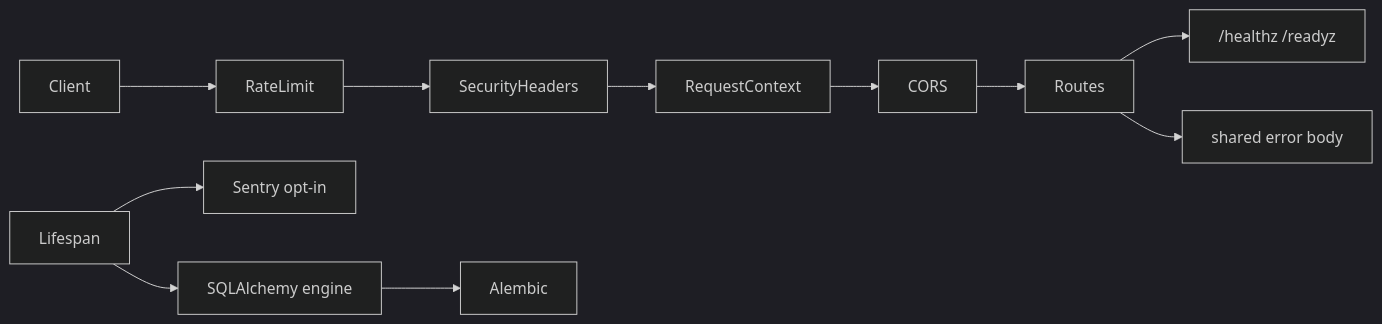
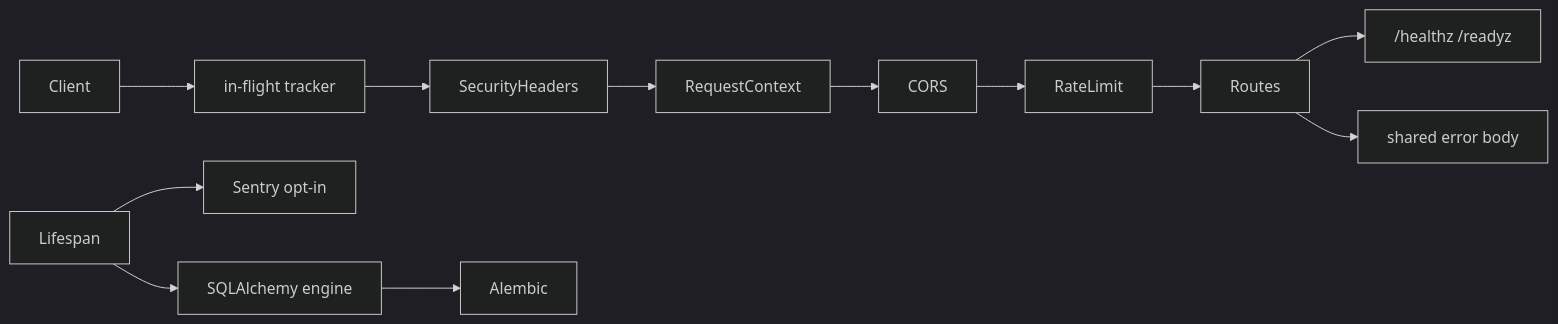
Before and after one commit to mohamedtaqysalmi/fastapi-prod-checklist: the diagram in README.md, drawn with Mermaid (dark theme). The commit also changed other lines of this file and 15 other files, not shown here.

````diff
--- a/README.md
+++ b/README.md
@@ -80,13 +81,14 @@
 ```mermaid
 flowchart LR
-  Client --> RateLimit
-  RateLimit --> SecurityHeaders
+  Client --> InFlight[in-flight tracker]
+  InFlight --> SecurityHeaders
   SecurityHeaders --> RequestContext
   RequestContext --> CORS
-  CORS --> Routes
+  CORS --> RateLimit
+  RateLimit --> Routes
   Routes --> Health["/healthz /readyz"]
   Routes --> Errors[shared error body]
   Lifespan --> Sentry[Sentry opt-in]
   Lifespan --> DB[SQLAlchemy engine]
   DB --> Alembic
 ```
````
